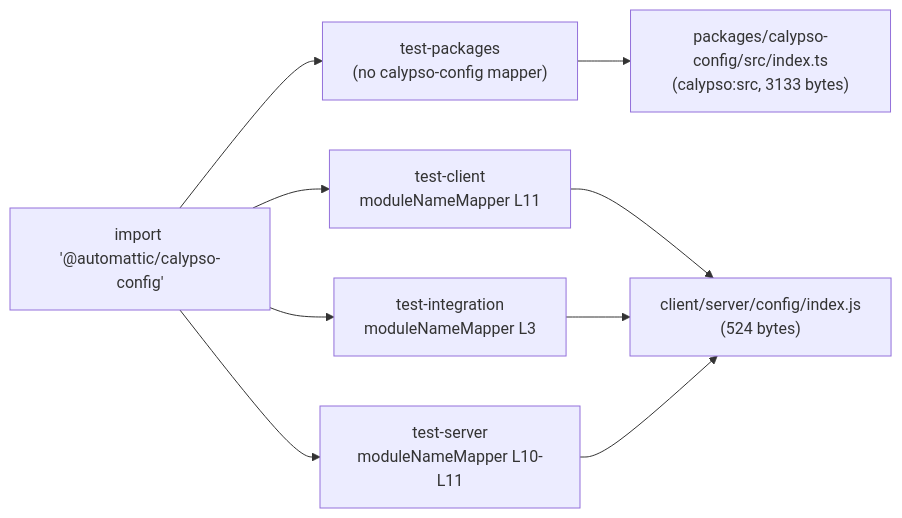
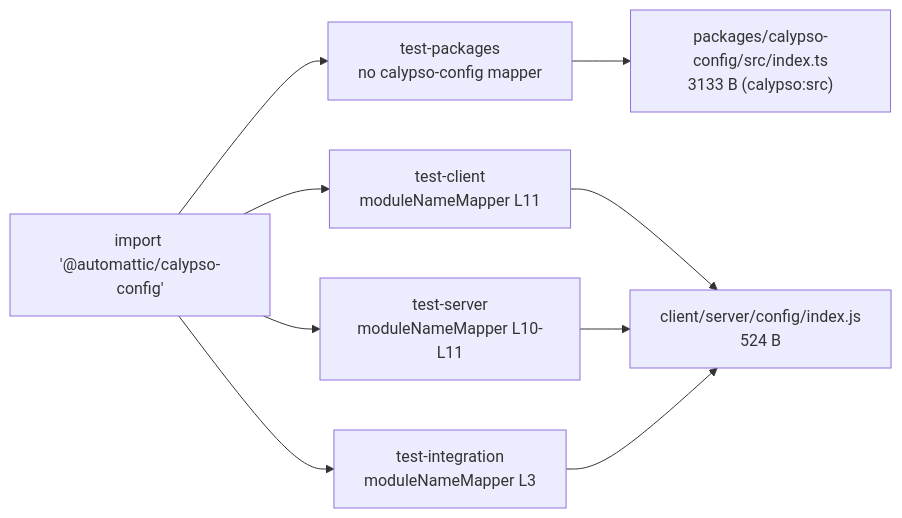
Before and after one commit to blitzy-research/wp-calypso: the diagram in blitzy/documentation/wp-calypso_be7e5cc64162.md, drawn with Mermaid. The commit also changed other lines of this file, not shown here.

````diff
--- a/blitzy/documentation/wp-calypso_be7e5cc64162.md
+++ b/blitzy/documentation/wp-calypso_be7e5cc64162.md
@@ -409,12 +1376,12 @@
 ```mermaid
 graph LR
     IMP["import '@automattic/calypso-config'"]
-    IMP --> PKG["test-packages<br/>(no calypso-config mapper)"]
+    IMP --> PKG["test-packages<br/>no calypso-config mapper"]
     IMP --> CLI["test-client<br/>moduleNameMapper L11"]
     IMP --> SRV["test-server<br/>moduleNameMapper L10-L11"]
     IMP --> INT["test-integration<br/>moduleNameMapper L3"]
-    PKG --> R1["packages/calypso-config/src/index.ts<br/>(calypso:src, 3133 bytes)"]
-    CLI --> R2["client/server/config/index.js<br/>(524 bytes)"]
+    PKG --> R1["packages/calypso-config/src/index.ts<br/>3133 B (calypso:src)"]
+    CLI --> R2["client/server/config/index.js<br/>524 B"]
+    SRV --> R2
     INT --> R2
-    SRV --> R2
 ```
````
